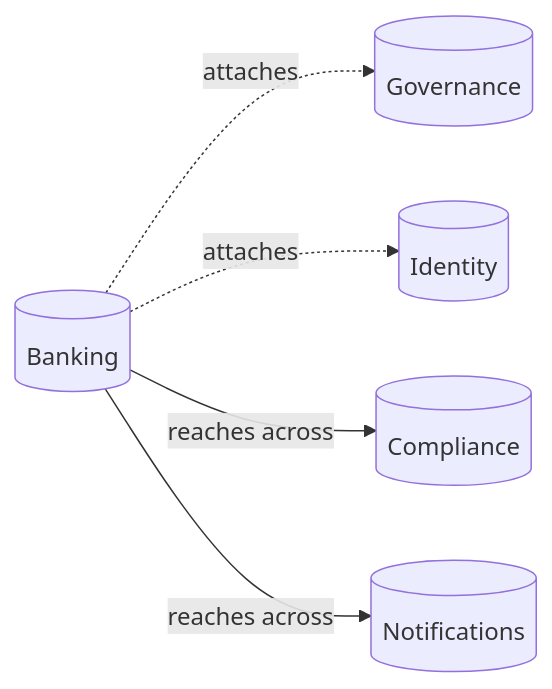
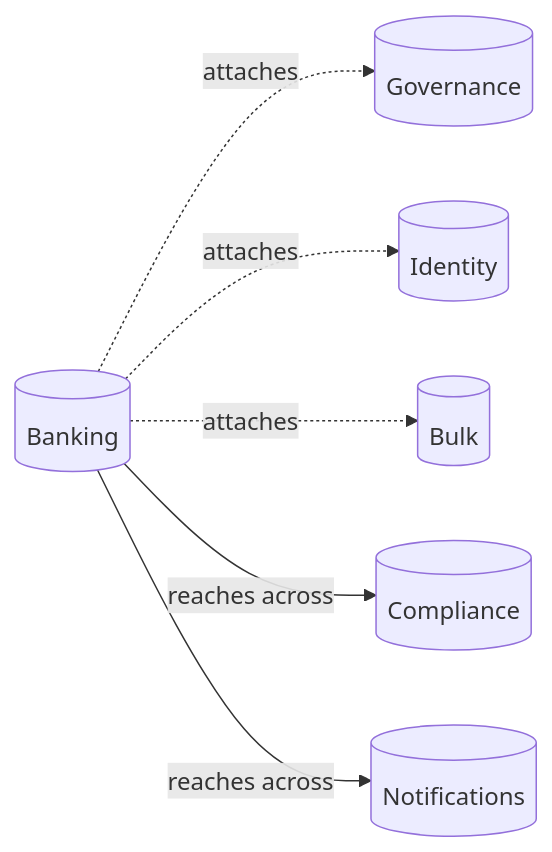
Before and after one commit to heckslabs/hecks: the diagram in docs/generated/diagrams/banking/frameworks.mmd, drawn with Mermaid.

Commit message:
Draw banking's Bulk attachment in its frameworks diagram
afr/bulk attached Bulk to banking through bulk.hecksagon but left the
diagram stale; regenerated with hecks project_diagrams.

```diff
--- a/docs/generated/diagrams/banking/frameworks.mmd
+++ b/docs/generated/diagrams/banking/frameworks.mmd
@@ -1,7 +1,8 @@
 %% GENERATED by hecks project_diagrams from Banking's own declared attaches and cross-domain policy targets — DO NOT EDIT BY HAND.
 %% Re-run `hecks project_diagrams <domain-path> Banking` after any change.
 flowchart LR
     Banking[(Banking)] -.->|attaches| Governance[(Governance)]
     Banking[(Banking)] -.->|attaches| Identity[(Identity)]
+    Banking[(Banking)] -.->|attaches| Bulk[(Bulk)]
     Banking[(Banking)] -->|reaches across| Compliance[(Compliance)]
     Banking[(Banking)] -->|reaches across| Notifications[(Notifications)]
```
